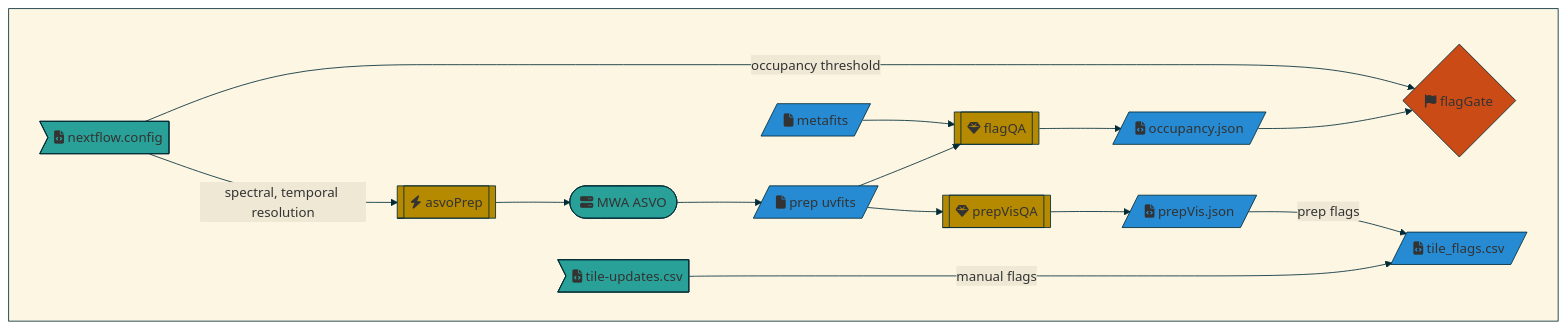
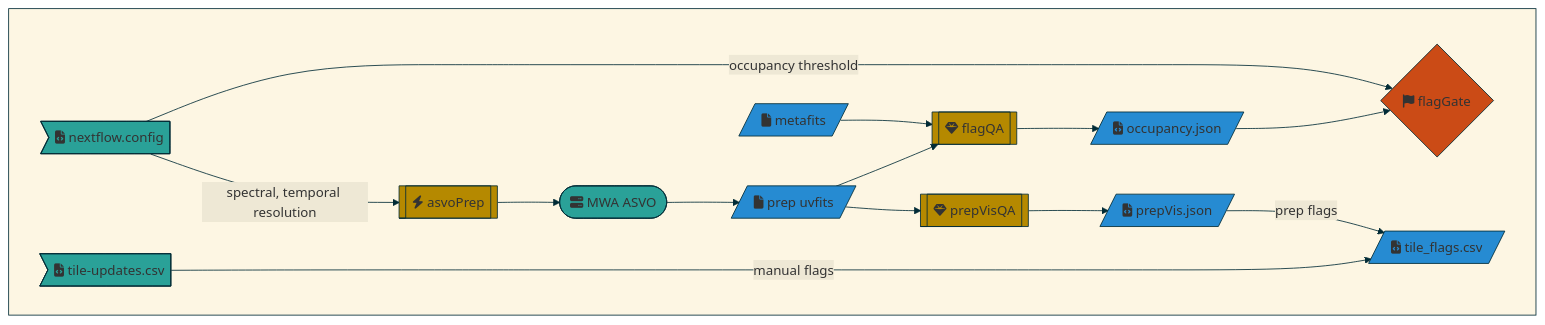
One commit to MWATelescope/MWAEoR-Pipeline changed the second of 5 diagrams in README.md. Above: the diagram before and after it, drawn with Mermaid. The commit also changed other lines of this file, not shown here.

````diff
--- a/README.md
+++ b/README.md
@@ -41,32 +41,32 @@
 ```mermaid
 %%{init:{'theme':'base','themeVariables':{'primaryBorderColor':'#002b36','secondaryColor':'#eee8d5','tertiaryColor':'#fdf6e3','tertiaryBorderColor':'#002b36','lineColor':'#002b36','textColor':'#002b36'}}}%%
 graph TD;
   classDef in fill:#2aa198;
   classDef out fill:#d33682;
   classDef file fill:#268bd2;
   classDef proc fill:#b58900;
   classDef decision fill:#cb4b16;
 
   subgraph " "
     nfConfig --"spectral, temporal resolution"--> asvoPrep
     asvoPrep --> asvo --> prepUVFits;
     prepUVFits & metafits --> flagQA --> occupancyJson --> flagGate;
     prepUVFits --> prepVisQA --> prepVisJson;
     nfConfig --"occupancy threshold"-----> flagGate;
-    tileUpdates --"manual flags"-----> tile_flags;
+    tileUpdates --"manual flags"-------> tile_flags;
     prepVisJson --"prep flags"--> tile_flags;
 
     asvoPrep[[fa:fa-bolt asvoPrep ]]; class asvoPrep proc;
     asvo([fa:fa-server MWA ASVO ]); class asvo in;
     prepUVFits[/fa:fa-file prep uvfits /]; class prepUVFits file;
     metafits[/fa:fa-file metafits /]; class metafits file;
     flagQA[[fa:fa-gem flagQA]]; class flagQA proc;
     occupancyJson[/fa:fa-file-code occupancy.json /]; class occupancyJson file;
     prepVisQA[[fa:fa-gem prepVisQA ]]; class prepVisQA proc;
     prepVisJson[/fa:fa-file-code prepVis.json /]; class prepVisJson file;
     flagGate{fa:fa-flag flagGate }; class flagGate decision;
     nfConfig>fa:fa-file-code nextflow.config ]; class nfConfig in;
     tileUpdates>fa:fa-file-code tile-updates.csv ]; class tileUpdates in;
     tile_flags[/fa:fa-file-code tile_flags.csv /]; class tile_flags file;
   end
 ```
````
